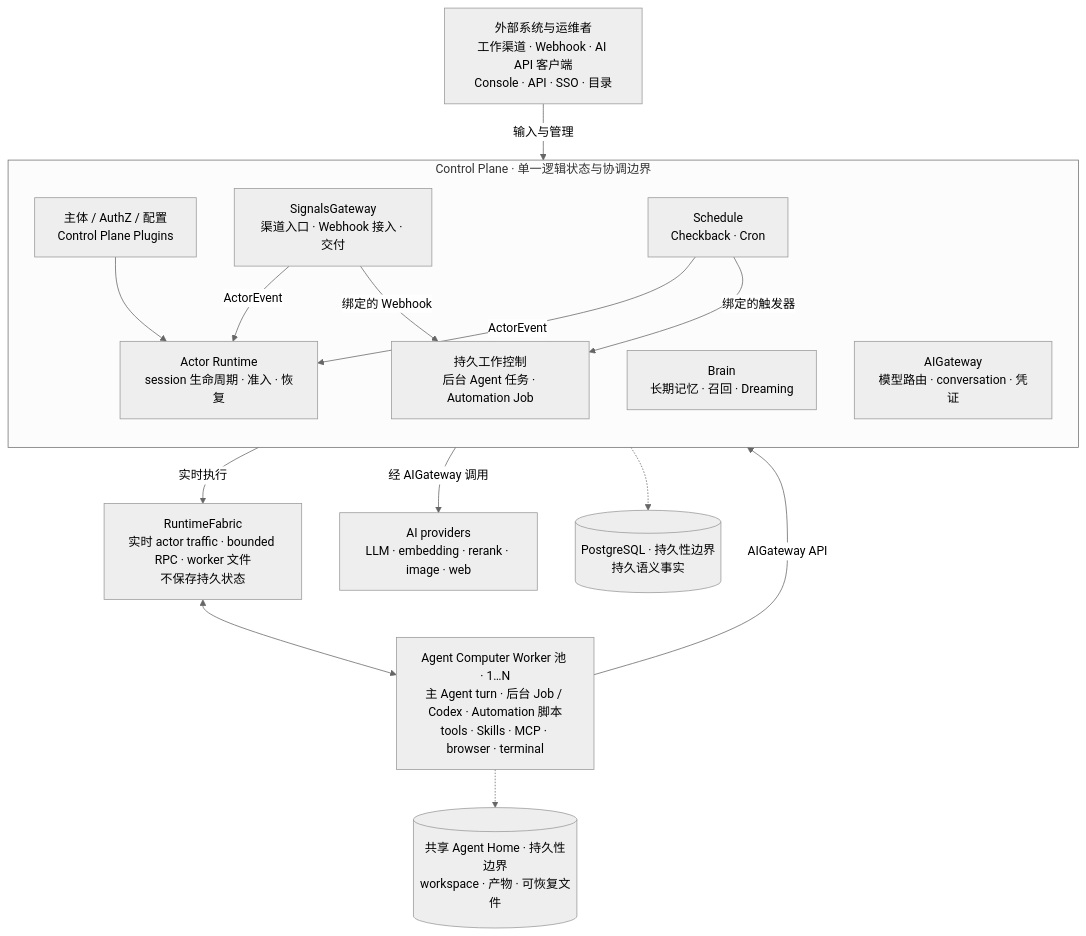
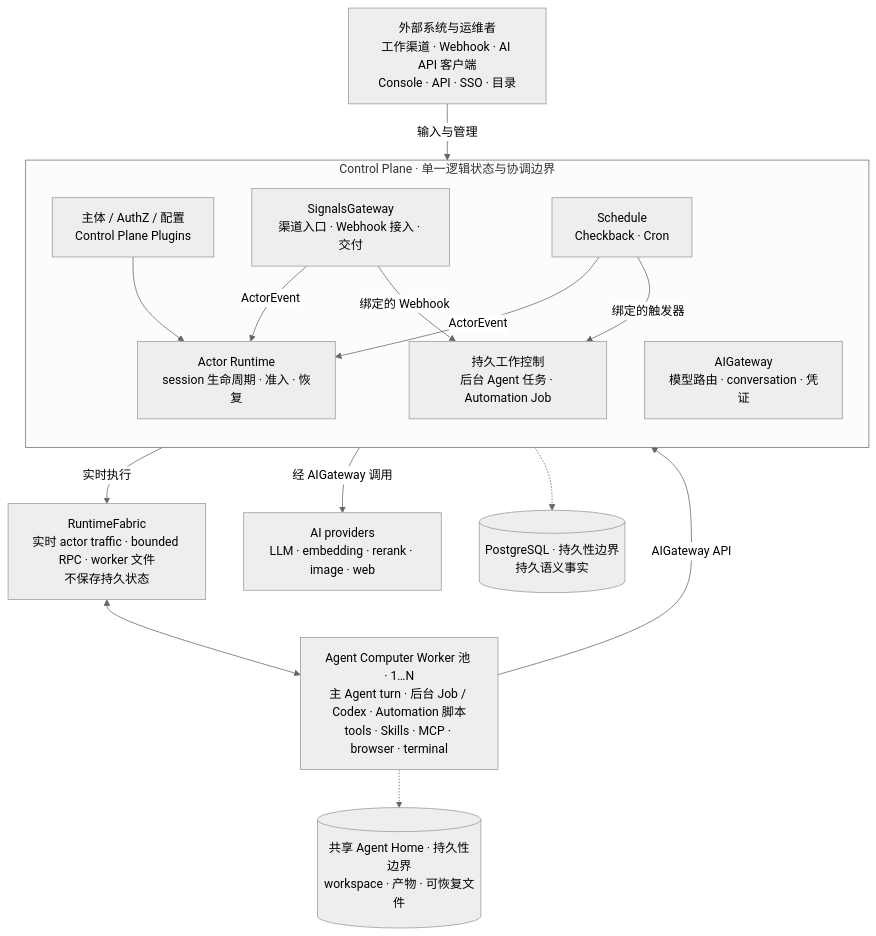
One commit to AgentBull/ankole changed the diagram in README.zh-Hans.md. Above: the diagram before and after it, drawn with Mermaid (neutral theme). The commit also changed other lines of this file and 387 other files, not shown here.

````diff
--- a/README.zh-Hans.md
+++ b/README.zh-Hans.md
@@ -84,35 +78,34 @@
 ```mermaid
 flowchart TB
   External["外部系统与运维者<br/>工作渠道 · Webhook · AI API 客户端<br/>Console · API · SSO · 目录"]
 
   subgraph Control["Control Plane · 单一逻辑状态与协调边界"]
     direction TB
     Platform["主体 / AuthZ / 配置<br/>Control Plane Plugins"]
     SG["SignalsGateway<br/>渠道入口 · Webhook 接入 · 交付"]
     Schedule["Schedule<br/>Checkback · Cron"]
     Runtime["Actor Runtime<br/>session 生命周期 · 准入 · 恢复"]
     Jobs["持久工作控制<br/>后台 Agent 任务 · Automation Job"]
-    Brain["Brain<br/>长期记忆 · 召回 · Dreaming"]
     AI["AIGateway<br/>模型路由 · conversation · 凭证"]
   end
 
   Fabric["RuntimeFabric<br/>实时 actor traffic · bounded RPC · worker 文件<br/>不保存持久状态"]
   Workers["Agent Computer Worker 池 · 1…N<br/>主 Agent turn · 后台 Job / Codex · Automation 脚本<br/>tools · Skills · MCP · browser · terminal"]
   Providers["AI providers<br/>LLM · embedding · rerank · image · web"]
 
   PG[("PostgreSQL · 持久性边界<br/>持久语义事实")]
   Home[("共享 Agent Home · 持久性边界<br/>workspace · 产物 · 可恢复文件")]
 
   External -->|"输入与管理"| Control
   SG -->|"ActorEvent"| Runtime
   Schedule -->|"ActorEvent"| Runtime
   SG -->|"绑定的 Webhook"| Jobs
   Schedule -->|"绑定的触发器"| Jobs
   Platform --> Runtime
   Control -->|"实时执行"| Fabric
   Fabric <--> Workers
   Workers -->|"AIGateway API"| Control
   Control -->|"经 AIGateway 调用"| Providers
   Control -.-> PG
   Workers -.-> Home
 ```
````
